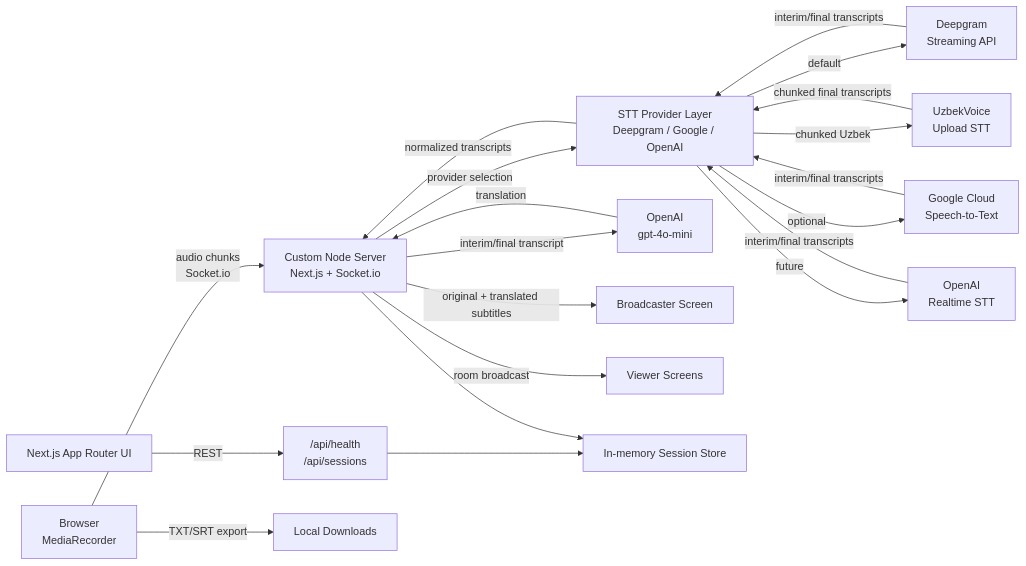
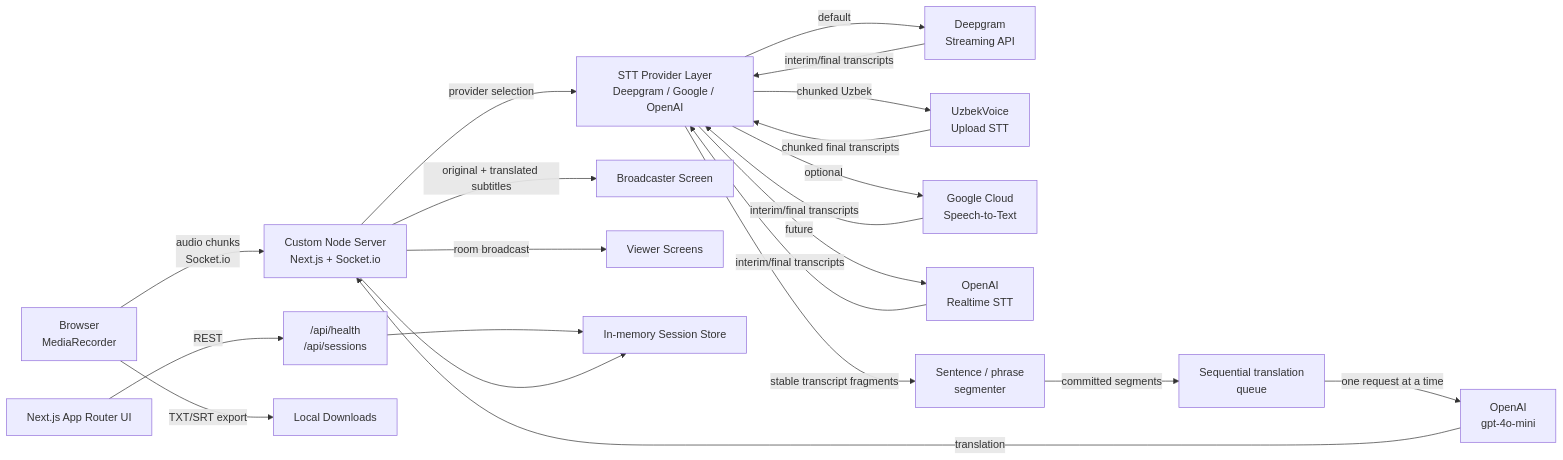
One commit to sarvarcoders/live-transcription-platform changed the diagram in README.md. Above: the diagram before and after it, drawn with Mermaid. The commit also changed other lines of this file and 14 other files, not shown here.

Commit message:
Add stable sentence-based live translation

````diff
--- a/README.md
+++ b/README.md
@@ -31,22 +32,23 @@
 ```mermaid
 flowchart LR
   Browser["Browser<br/>MediaRecorder"] -->|"audio chunks<br/>Socket.io"| Server["Custom Node Server<br/>Next.js + Socket.io"]
   Server -->|"provider selection"| STT["STT Provider Layer<br/>Deepgram / Google / OpenAI"]
   STT -->|"default"| Deepgram["Deepgram<br/>Streaming API"]
   STT -->|"chunked Uzbek"| UzbekVoice["UzbekVoice<br/>Upload STT"]
   STT -->|"optional"| Google["Google Cloud<br/>Speech-to-Text"]
   STT -->|"future"| OpenAISTT["OpenAI<br/>Realtime STT"]
   Deepgram -->|"interim/final transcripts"| STT
   UzbekVoice -->|"chunked final transcripts"| STT
   Google -->|"interim/final transcripts"| STT
   OpenAISTT -->|"interim/final transcripts"| STT
-  STT -->|"normalized transcripts"| Server
-  Server -->|"interim/final transcript"| OpenAI["OpenAI<br/>gpt-4o-mini"]
+  STT -->|"stable transcript fragments"| Segmenter["Sentence / phrase<br/>segmenter"]
+  Segmenter -->|"committed segments"| Queue["Sequential translation<br/>queue"]
+  Queue -->|"one request at a time"| OpenAI["OpenAI<br/>gpt-4o-mini"]
   OpenAI -->|"translation"| Server
   Server -->|"original + translated subtitles"| Broadcaster["Broadcaster Screen"]
   Server -->|"room broadcast"| Viewers["Viewer Screens"]
   UI["Next.js App Router UI"] -->|"REST"| API["/api/health<br/>/api/sessions"]
   API --> Sessions["In-memory Session Store"]
   Server --> Sessions
   Browser -->|"TXT/SRT export"| Files["Local Downloads"]
 ```
````
